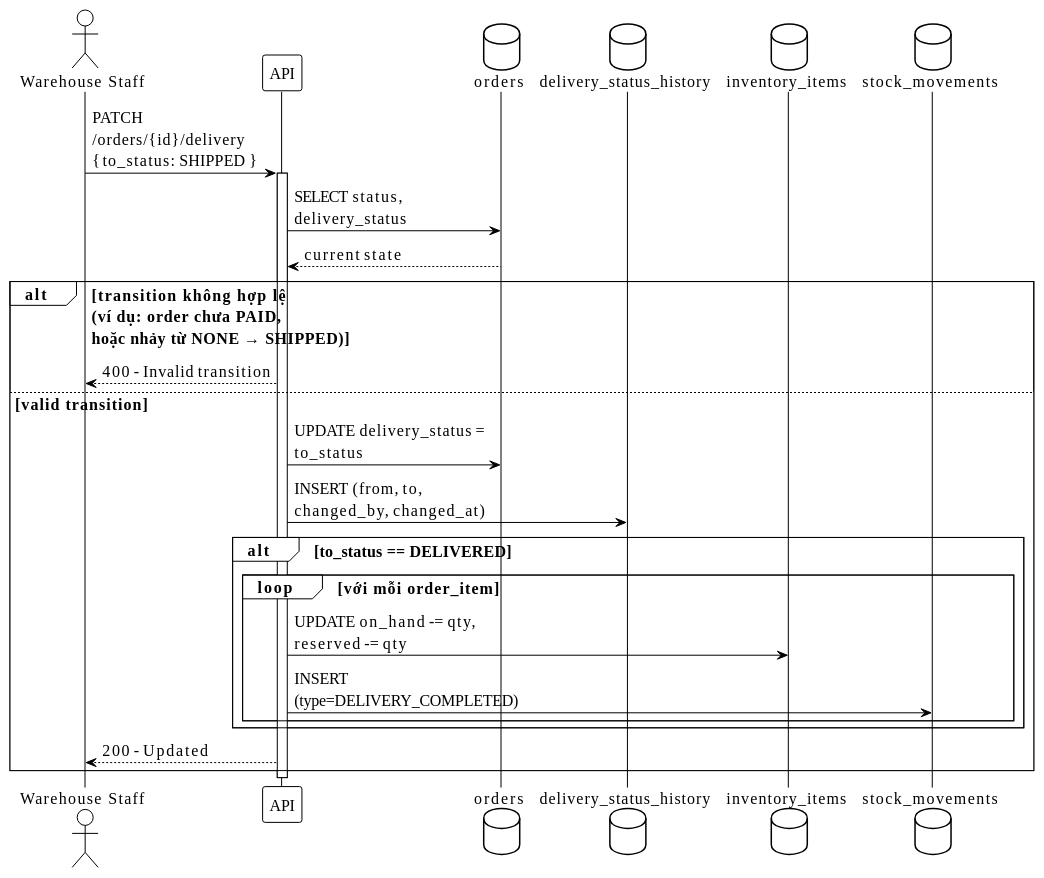
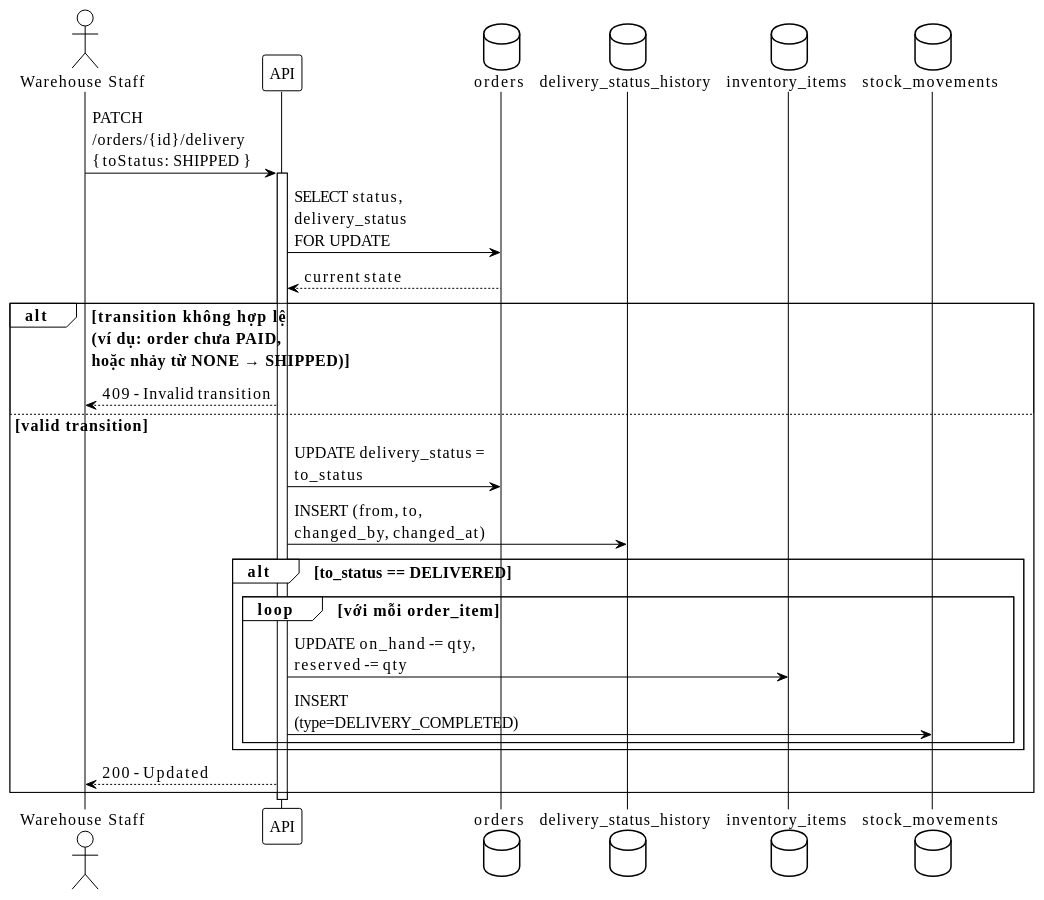
Before and after one commit to hoangtuan2k5/shopflow: the eighth of 10 diagrams in docs/database-schema.md, drawn with PlantUML. The commit also changed 2 other files, not shown here.

Commit message:
docs(delivery): define status lifecycle and API contract
Define the paid-order delivery queue, sequential transitions, error responses,
history records, and atomic delivered inventory side effects.

SF-49 #in-progress

````diff
--- a/docs/database-schema.md
+++ b/docs/database-schema.md
@@ -941,38 +941,38 @@
 ```plantuml
 @startuml
 !theme plain
 skinparam defaultFontSize 16
 skinparam maxMessageSize 200
 skinparam wrapWidth 200
 actor "Warehouse Staff" as WS
 participant API
 database "orders" as orders
 database "delivery_status_history" as history
 database "inventory_items" as inventory
 database "stock_movements" as movements
 
-WS -> API : PATCH /orders/{id}/delivery\n{ to_status: SHIPPED }
+WS -> API : PATCH /orders/{id}/delivery\n{ toStatus: SHIPPED }
 activate API
 
-API -> orders : SELECT status, delivery_status
+API -> orders : SELECT status, delivery_status\nFOR UPDATE
 orders --> API : current state
 
 alt transition không hợp lệ\n(ví dụ: order chưa PAID,\nhoặc nhảy từ NONE → SHIPPED)
-    API --> WS : 400 - Invalid transition
+    API --> WS : 409 - Invalid transition
 else valid transition
     API -> orders : UPDATE delivery_status = to_status
     API -> history : INSERT (from, to, changed_by, changed_at)
 
     alt to_status == DELIVERED
         loop với mỗi order_item
             API -> inventory : UPDATE on_hand -= qty,\nreserved -= qty
             API -> movements : INSERT (type=DELIVERY_COMPLETED)
         end
     end
 
     API --> WS : 200 - Updated
 end
 
 deactivate API
 @enduml
 ```
````
